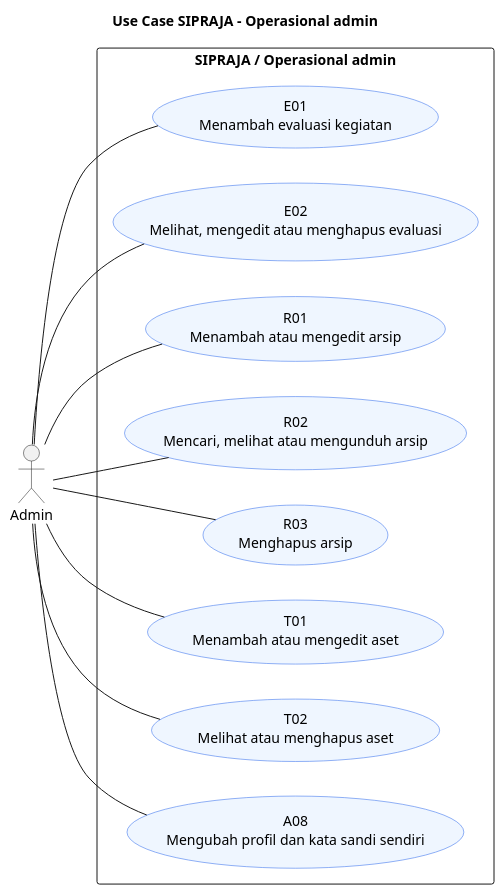
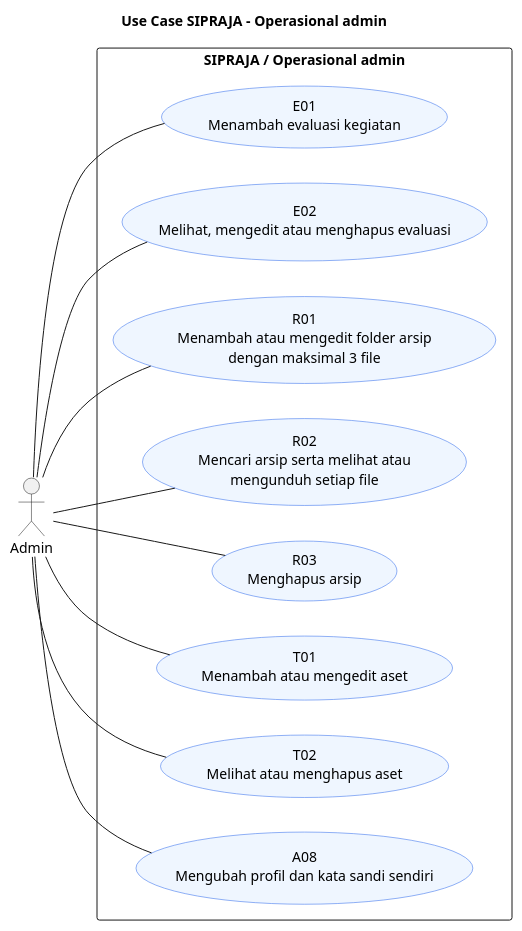
One commit to Samuel-smr/Satpolpp changed the fifth of 7 diagrams in docs/SIPRAJA-use-case.puml. Above: the diagram before and after it, drawn with PlantUML. The commit also changed other lines of this file and 33 other files, not shown here.

```diff
--- a/docs/SIPRAJA-use-case.puml
+++ b/docs/SIPRAJA-use-case.puml
@@ -120,29 +120,29 @@
 @startuml SIPRAJA_5
 left to right direction
 skinparam packageStyle rectangle
 skinparam shadowing false
 skinparam usecase {
   BackgroundColor #EFF6FF
   BorderColor #2563EB
 }
 title Use Case SIPRAJA - Operasional admin
 actor "Admin" as ACTOR0
 rectangle "SIPRAJA / Operasional admin" {
   usecase "E01\nMenambah evaluasi kegiatan" as E01
   usecase "E02\nMelihat, mengedit atau menghapus evaluasi" as E02
-  usecase "R01\nMenambah atau mengedit arsip" as R01
-  usecase "R02\nMencari, melihat atau mengunduh arsip" as R02
+  usecase "R01\nMenambah atau mengedit folder arsip\ndengan maksimal 3 file" as R01
+  usecase "R02\nMencari arsip serta melihat atau\nmengunduh setiap file" as R02
   usecase "R03\nMenghapus arsip" as R03
   usecase "T01\nMenambah atau mengedit aset" as T01
   usecase "T02\nMelihat atau menghapus aset" as T02
   usecase "A08\nMengubah profil dan kata sandi sendiri" as A08
 }
 ACTOR0 -- E01
 ACTOR0 -- E02
 ACTOR0 -- R01
 ACTOR0 -- R02
 ACTOR0 -- R03
 ACTOR0 -- T01
 ACTOR0 -- T02
 ACTOR0 -- A08
 @enduml
```
